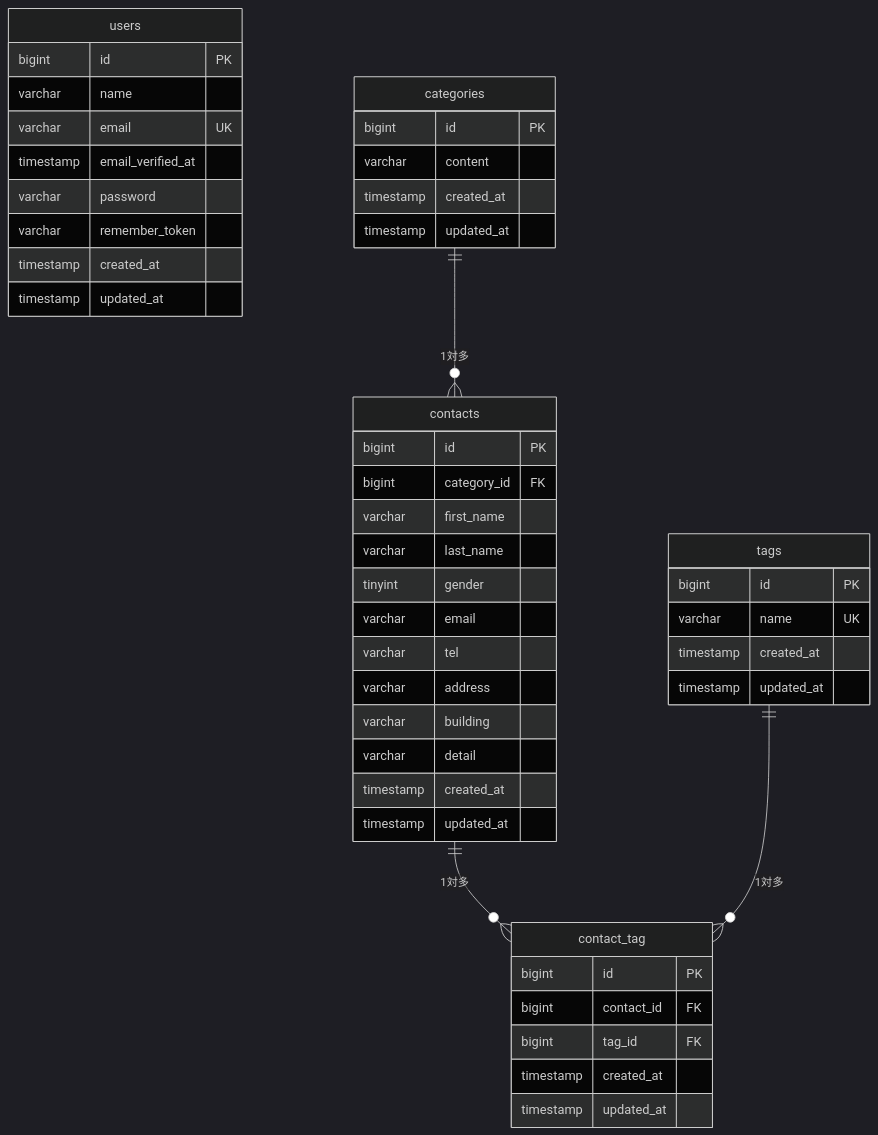
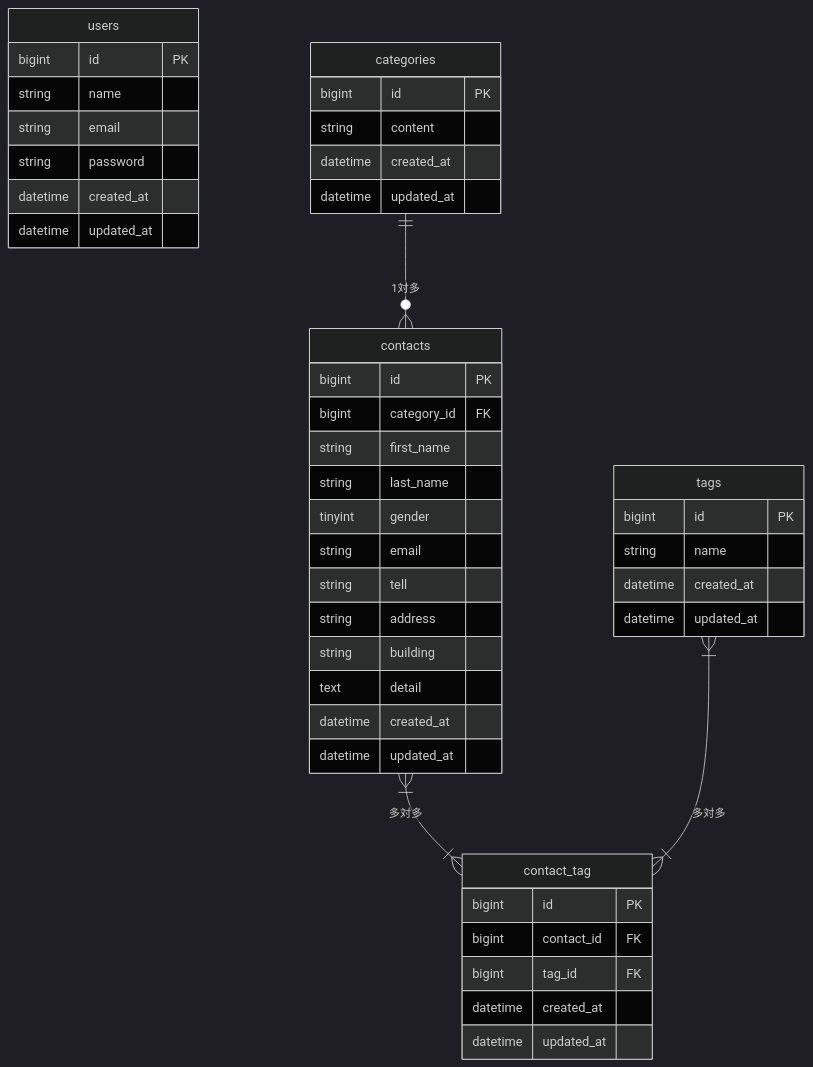
One commit to hashimoto53/contact-form-app changed the diagram in README.md. Above: the diagram before and after it, drawn with Mermaid (dark theme). The commit also changed other lines of this file, not shown here.

````diff
--- a/README.md
+++ b/README.md
@@ -35,50 +49,52 @@
 ```mermaid
 erDiagram
     users {
         bigint id PK
-        varchar name
-        varchar email UK
-        timestamp email_verified_at
-        varchar password
-        varchar remember_token
-        timestamp created_at
-        timestamp updated_at
+        string name
+        string email
+        string password
+        datetime created_at
+        datetime updated_at
     }
+
     categories {
         bigint id PK
-        varchar content
-        timestamp created_at
-        timestamp updated_at
+        string content
+        datetime created_at
+        datetime updated_at
     }
+
+    tags {
+        bigint id PK
+        string name
+        datetime created_at
+        datetime updated_at
+    }
+
     contacts {
         bigint id PK
         bigint category_id FK
-        varchar first_name
-        varchar last_name
+        string first_name
+        string last_name
         tinyint gender
-        varchar email
-        varchar tel
-        varchar address
-        varchar building
-        varchar detail
-        timestamp created_at
-        timestamp updated_at
+        string email
+        string tell
+        string address
+        string building
+        text detail
+        datetime created_at
+        datetime updated_at
     }
-    tags {
-        bigint id PK
-        varchar name UK
-        timestamp created_at
-        timestamp updated_at
-    }
+
     contact_tag {
         bigint id PK
         bigint contact_id FK
         bigint tag_id FK
-        timestamp created_at
-        timestamp updated_at
+        datetime created_at
+        datetime updated_at
     }
 
     categories ||--o{ contacts : "1対多"
-    contacts ||--o{ contact_tag : "1対多"
-    tags ||--o{ contact_tag : "1対多"
+    contacts }|--|{ contact_tag : "多対多"
+    tags }|--|{ contact_tag : "多対多"
 ```
````
